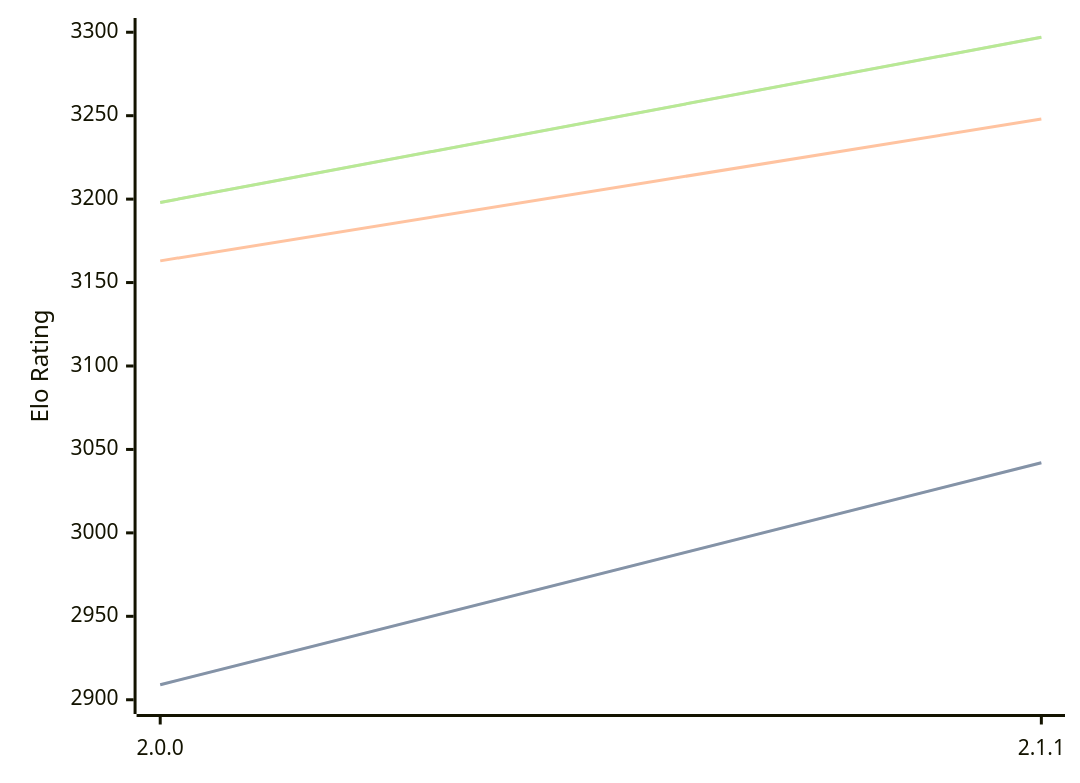
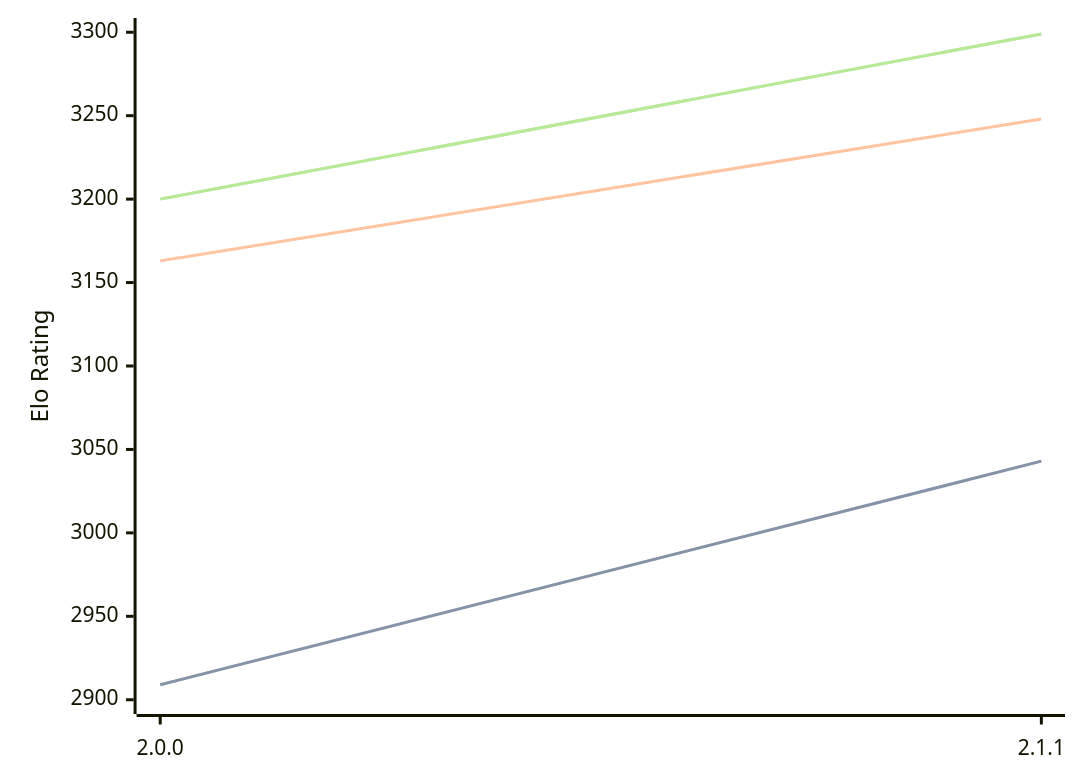
One commit to computer-chess-index/cci changed the diagram in engines/Bread.md. Above: the diagram before and after it, drawn with Mermaid. The commit also changed other lines of this file, not shown here.

Commit message:
Update CCI Ratings (ELO VLTC) - 2026-02-26

````diff
--- a/engines/Bread.md
+++ b/engines/Bread.md
@@ -48,11 +48,11 @@
 ```mermaid
 %%{init: {"theme":"base","themeVariables":{"seriesColors:['#a3a3a3','#222221','#faa371']}}}%%
 xychart-beta
   x-axis ["2.0.0", "2.1.1"]
   y-axis "Elo Rating" 2900 --> 3300
-  line "STC (8.0+0.08s)" [2909, 3042]
-  line "STC (8.0+0.08s)" [2909, 3042]
+  line "STC (8.0+0.08s)" [2909, 3043]
+  line "STC (8.0+0.08s)" [2909, 3043]
   line "LTC (60.0+0.60s)" [3163, 3248]
-  line "VLTC (2m24s+1.12s)" [3198, 3297]
-  line "VLTC (2m24s+1.12s)" [3198, 3297]
+  line "VLTC (2m24s+1.12s)" [3200, 3299]
+  line "VLTC (2m24s+1.12s)" [3200, 3299]
 ```
````
